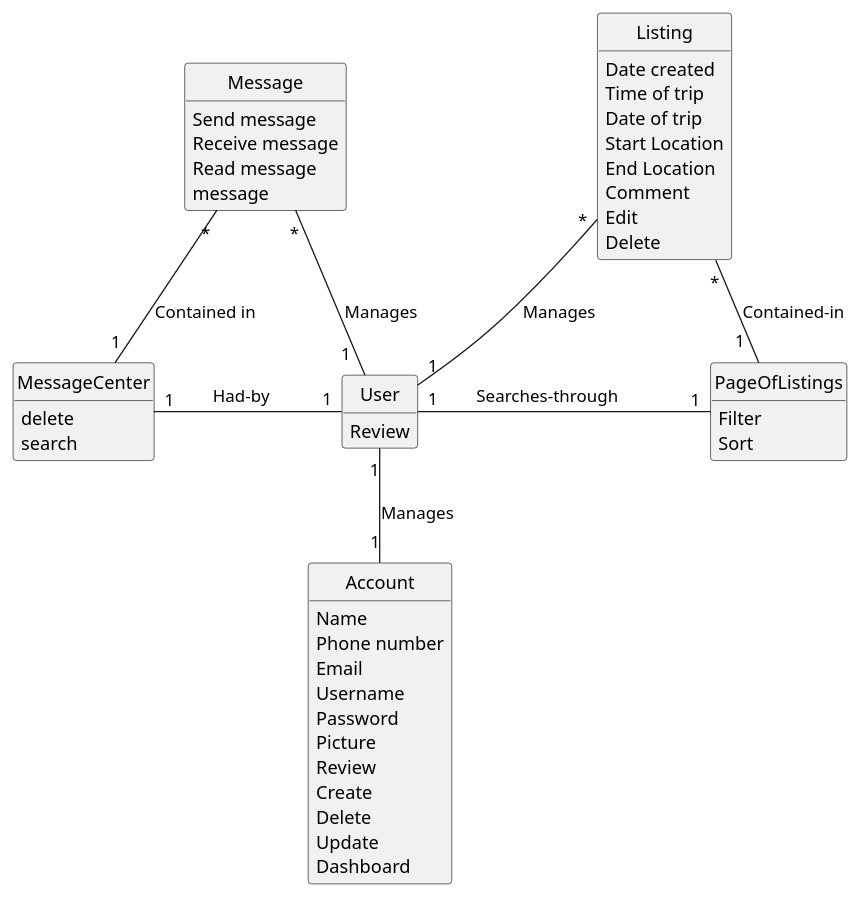
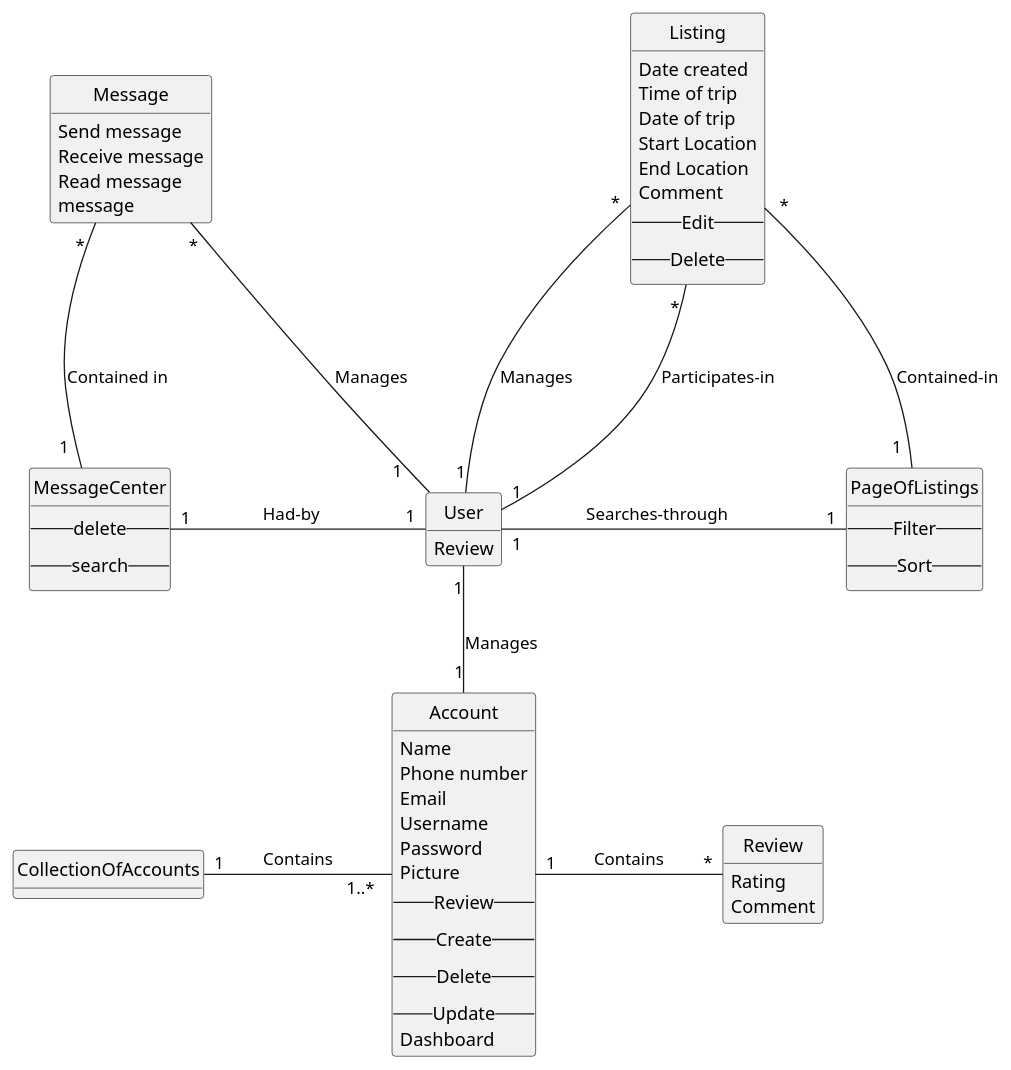
Before and after one commit to PriyaMulla/Carpool-Connect-VC: the first of 2 diagrams in doc/design.md, drawn with PlantUML. The commit also changed other lines of this file, not shown here.

````diff
--- a/doc/design.md
+++ b/doc/design.md
@@ -3,61 +3,71 @@
 ```plantuml
 @startuml
 hide circle
 hide empty methods 
 
 'classes
 class User{
 Review
 }
+
 class PageOfListings{
-Filter
-Sort
+--Filter--
+--Sort--
 }
 class Listing{
 Date created
 Time of trip
 Date of trip
 Start Location
 End Location
 Comment
-Edit
-Delete
+--Edit--
+--Delete--
 }
 
 class Account{
 Name
 Phone number
 Email
 Username
 Password
 Picture
-Review
-Create
-Delete
-Update
+--Review--
+--Create--
+--Delete--
+--Update--
 Dashboard
 }
 
 class Message {
 Send message
 Receive message
 Read message
 message
 }
 
 class MessageCenter{
-delete
-search
+--delete--
+--search--
 }
 
+class Review{
+Rating
+Comment
+}
+
+class CollectionOfAccounts{
+}
 ' associations
-PageOfListings "1  " -left- "*" Listing : Contained-in\t\t
-MessageCenter "1" -up- "*" Message: Contained in\t
+PageOfListings "1  " -left- " *" Listing : Contained-in\t\t
+MessageCenter "1  " --up- "\t\t\t*" Message: Contained in\t
 User "1" -left- "1" MessageCenter : \tHad-by\t\t
-User "1" - "1" PageOfListings : \tSearches-through\t\t
+User "1" -right- "1" PageOfListings : \tSearches-through\t\t
 User "1" -up- "*" Listing : Manages\t\t
+User "1" -up-- "\t\t\t\t\t*" Listing : Participates-in\t\t
 User "1" -- "1" Account : Manages\t\t
-User "1  " -up- "*" Message : Manages\t\t
-
+User "1    " -up- "*" Message : Manages\t\t
+Account "1" -right- "*" Review : \tContains\t\t
+CollectionOfAccounts "1" -right- "1..*\t" Account : \tContains\t\t
 @enduml
 ```
````
